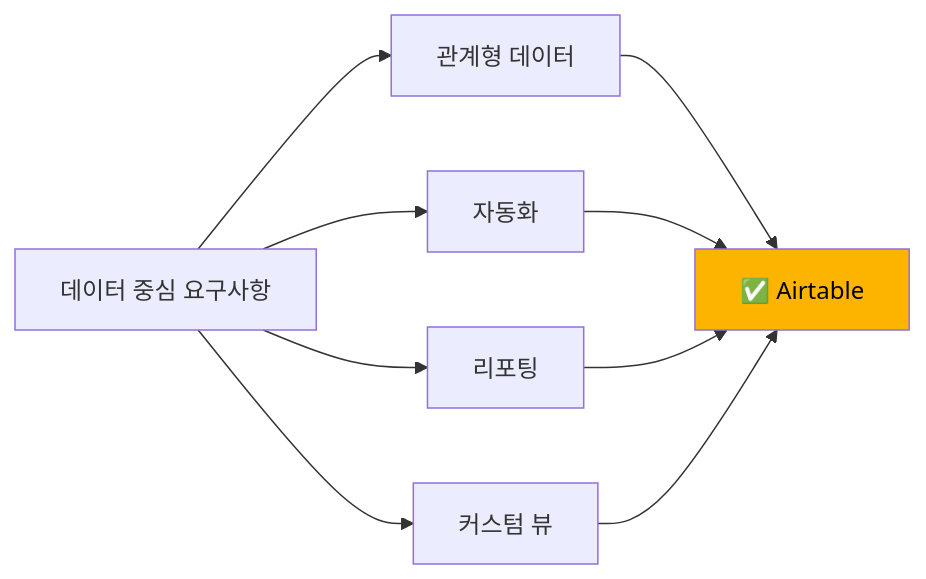
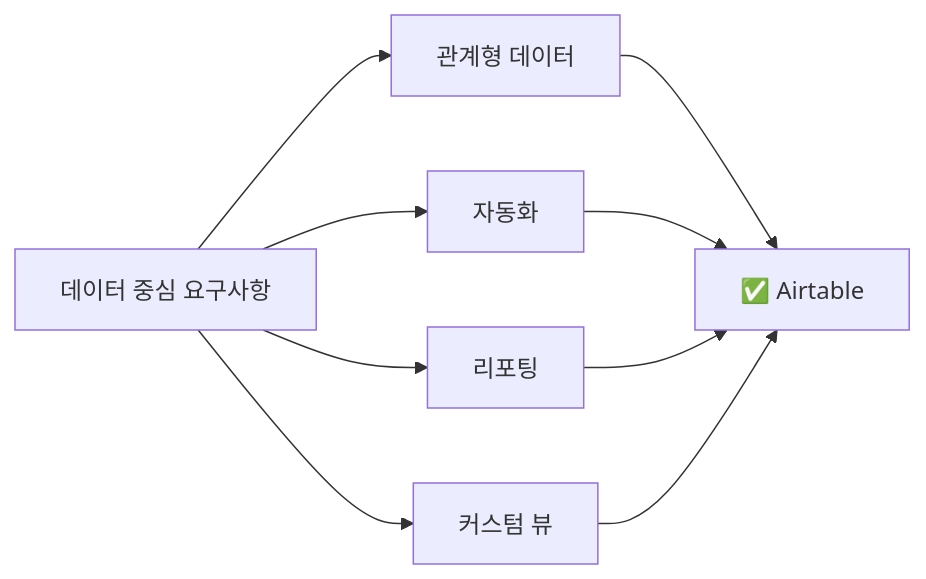
Diagram 15 of 20 in _md/genai-notion/chapter06/06-2.md (nugurejeil/weniVooks), drawn with Mermaid before and after one commit. The commit also changed other lines of this file and 187 other files, not shown here.

````diff
--- a/_md/genai-notion/chapter06/06-2.md
+++ b/_md/genai-notion/chapter06/06-2.md
@@ -703,14 +680,12 @@
 ```mermaid
 graph LR
     A[데이터 중심 요구사항] --> B[관계형 데이터]
     A --> C[자동화]
     A --> D[리포팅]
     A --> E[커스텀 뷰]
 
     B --> F[✅ Airtable]
     C --> F
     D --> F
     E --> F
-
-    style F fill:#FCB400,color:#000
 ```
````
